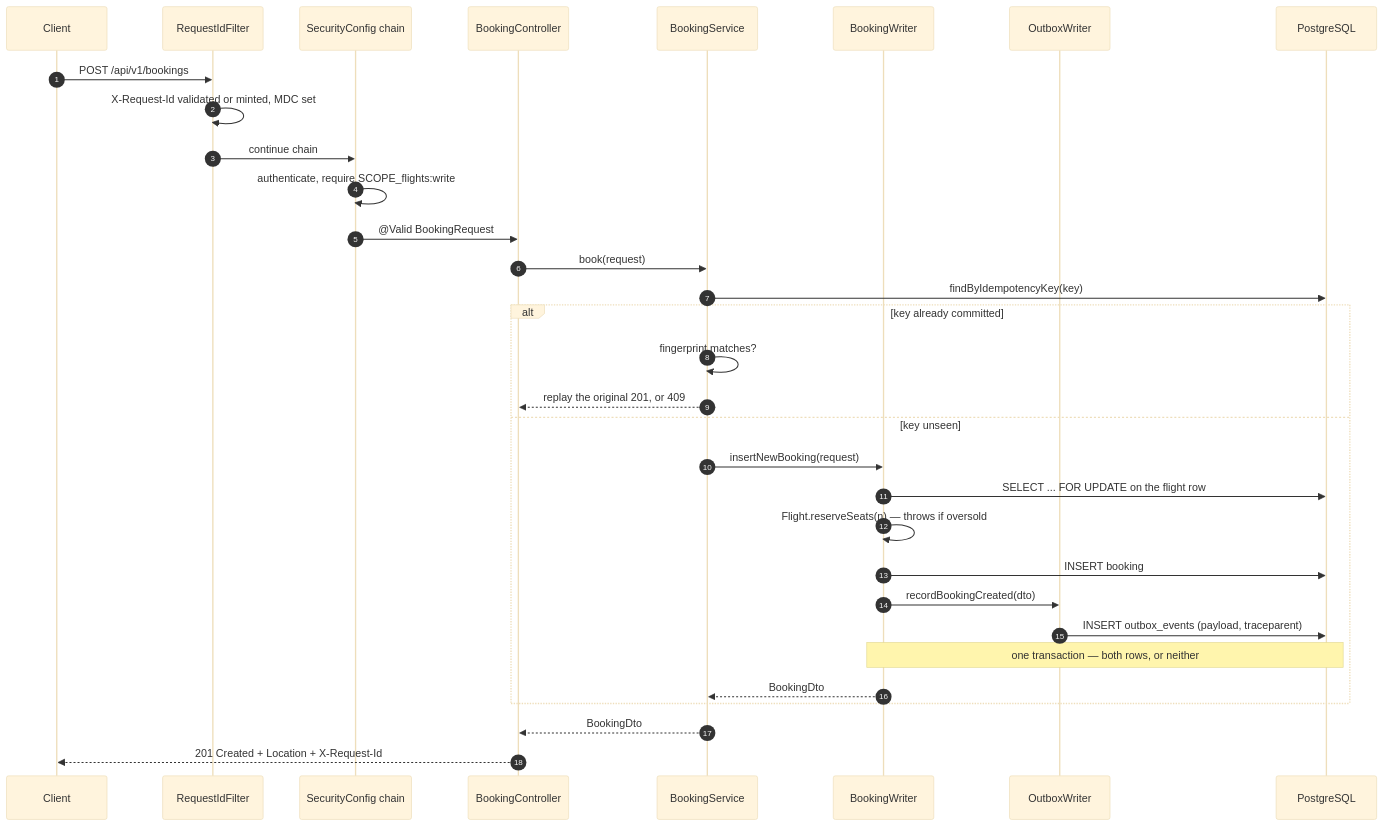
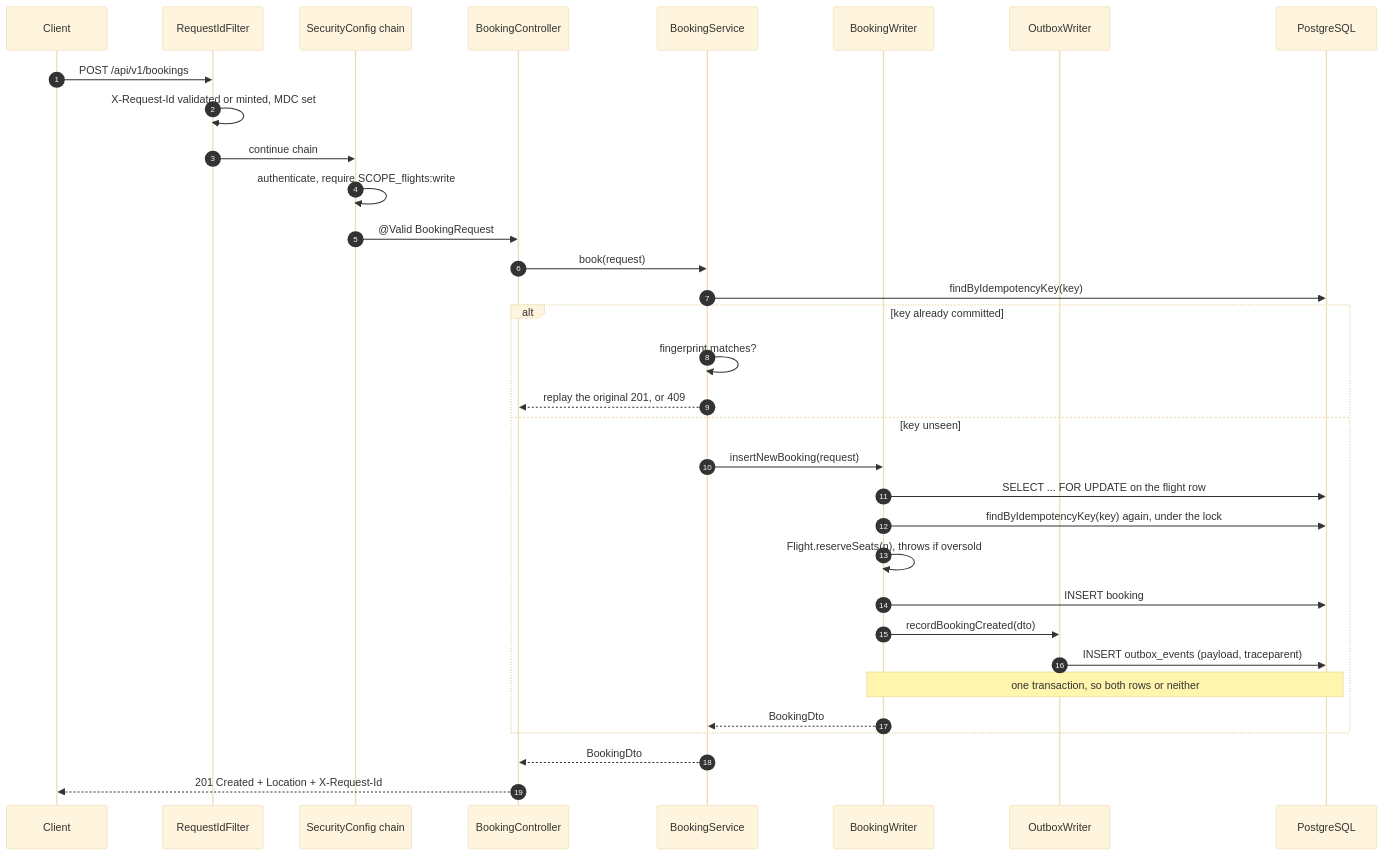
One commit to smit-lakhani-13/flight-ops-services changed the second of 7 diagrams in ARCHITECTURE.md. Above: the diagram before and after it, drawn with Mermaid (base theme). The commit also changed other lines of this file and 22 other files, not shown here.

````diff
--- a/ARCHITECTURE.md
+++ b/ARCHITECTURE.md
@@ -79,35 +81,36 @@
 ```mermaid
 sequenceDiagram
     autonumber
     participant C as Client
     participant F as RequestIdFilter
     participant S as SecurityConfig chain
     participant Ctl as BookingController
     participant Svc as BookingService
     participant W as BookingWriter
     participant OW as OutboxWriter
     participant DB as PostgreSQL
 
     C->>F: POST /api/v1/bookings
     F->>F: X-Request-Id validated or minted, MDC set
     F->>S: continue chain
     S->>S: authenticate, require SCOPE_flights:write
     S->>Ctl: @Valid BookingRequest
     Ctl->>Svc: book(request)
     Svc->>DB: findByIdempotencyKey(key)
     alt key already committed
         Svc->>Svc: fingerprint matches?
         Svc-->>Ctl: replay the original 201, or 409
     else key unseen
         Svc->>W: insertNewBooking(request)
         W->>DB: SELECT ... FOR UPDATE on the flight row
-        W->>W: Flight.reserveSeats(n) — throws if oversold
+        W->>DB: findByIdempotencyKey(key) again, under the lock
+        W->>W: Flight.reserveSeats(n), throws if oversold
         W->>DB: INSERT booking
         W->>OW: recordBookingCreated(dto)
         OW->>DB: INSERT outbox_events (payload, traceparent)
-        Note over W,DB: one transaction — both rows, or neither
+        Note over W,DB: one transaction, so both rows or neither
         W-->>Svc: BookingDto
     end
     Svc-->>Ctl: BookingDto
     Ctl-->>C: 201 Created + Location + X-Request-Id
 ```
````
